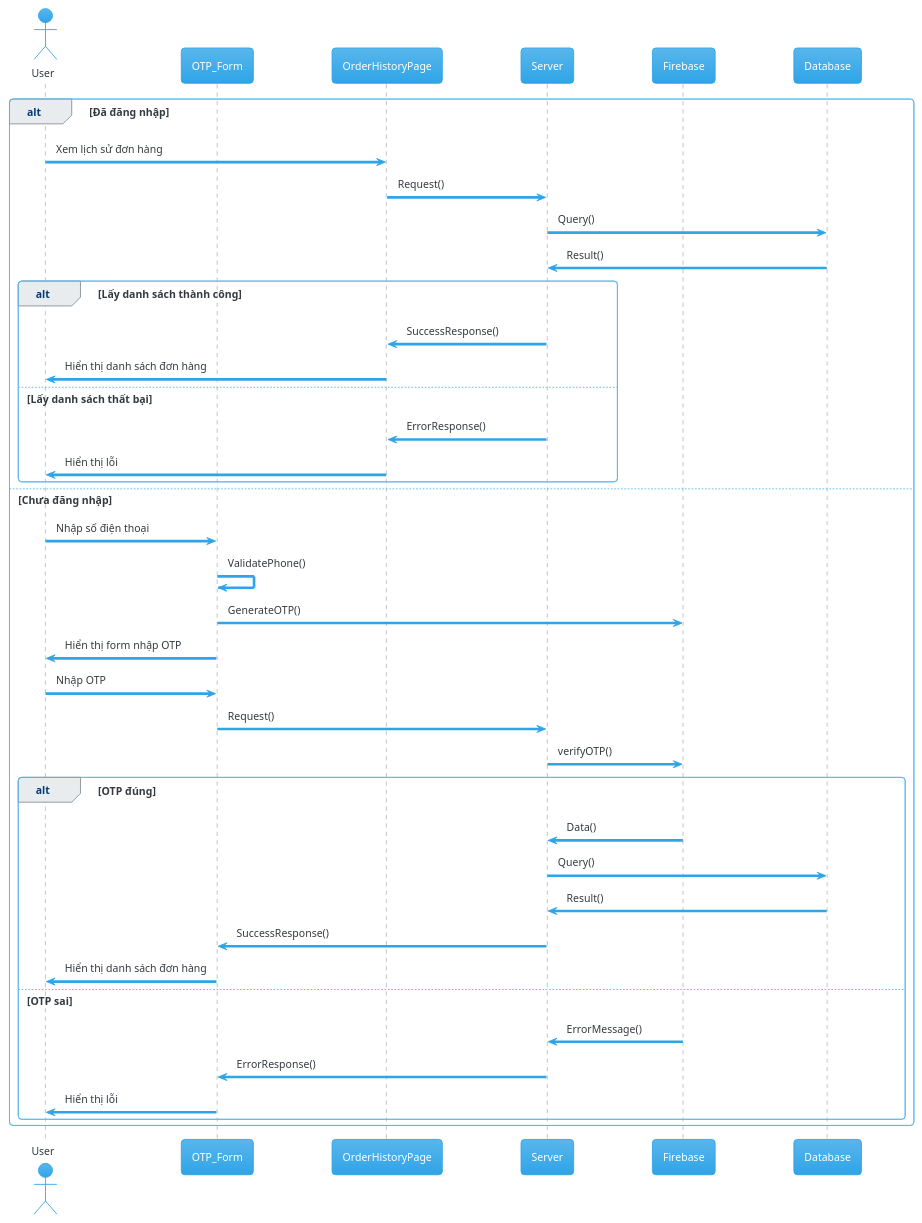
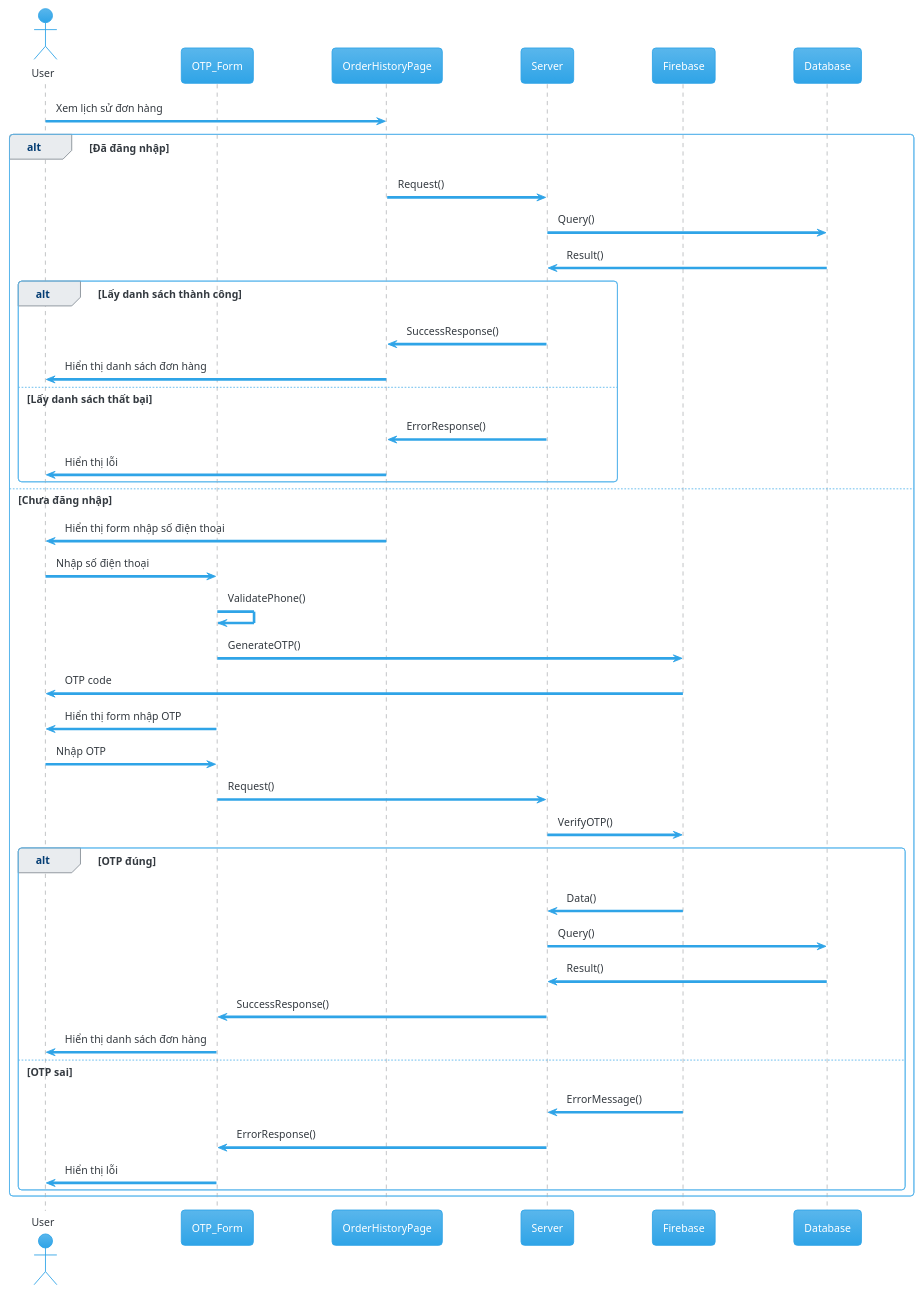
Before and after one commit to quockhanhtn/mern-ecommerce: the diagram in docs/diagrams/sequence/order_history.wsd, drawn with PlantUML. The commit also changed 27 other files, not shown here.

Commit message:
Update sequence diagrams

```diff
--- a/docs/diagrams/sequence/order_history.wsd
+++ b/docs/diagrams/sequence/order_history.wsd
@@ -1,46 +1,49 @@
 @startuml order history
 !theme cerulean
 
 actor       User       as u
 participant OTP_Form as otp
 participant OrderHistoryPage as ohp
 participant Server as s
 participant Firebase as f
 participant Database as d
 
+u -> ohp: Xem lịch sử đơn hàng
+
 alt Đã đăng nhập
-  u -> ohp: Xem lịch sử đơn hàng
   ohp -> s: Request()
   s -> d: Query()
   d -> s: Result()
 
   alt Lấy danh sách thành công
     s -> ohp: SuccessResponse()
     ohp -> u: Hiển thị danh sách đơn hàng
   else Lấy danh sách thất bại
     s -> ohp: ErrorResponse()
     ohp -> u: Hiển thị lỗi
   end
 else Chưa đăng nhập
+  ohp -> u: Hiển thị form nhập số điện thoại
   u -> otp: Nhập số điện thoại
   otp -> otp: ValidatePhone()
   otp -> f: GenerateOTP()
+  f -> u: OTP code
   otp -> u: Hiển thị form nhập OTP
   u -> otp: Nhập OTP
   otp -> s: Request()
-  s -> f: verifyOTP()
+  s -> f: VerifyOTP()
   alt OTP đúng
     f -> s: Data()
     s -> d: Query()
     d -> s: Result()
     s -> otp: SuccessResponse()
     otp -> u: Hiển thị danh sách đơn hàng
   else OTP sai
     f -> s: ErrorMessage()
     s -> otp: ErrorResponse()
     otp -> u: Hiển thị lỗi
   end
 end
 
 
 @enduml
```
